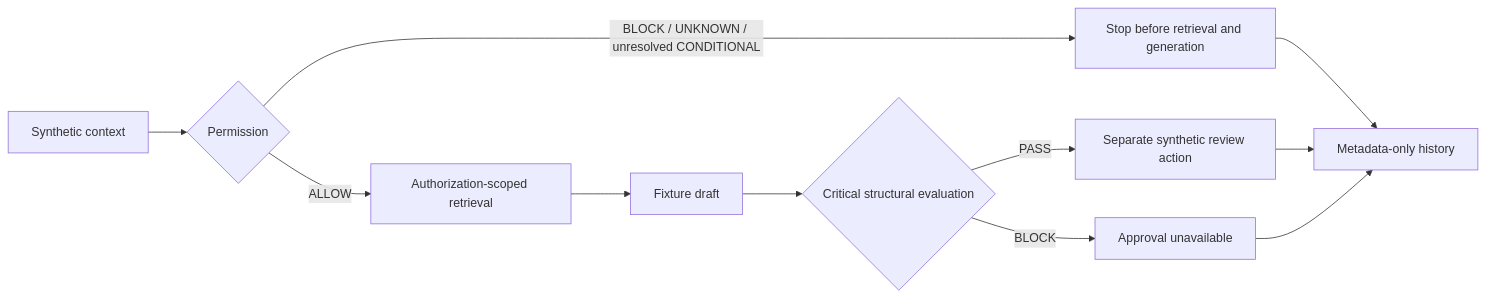
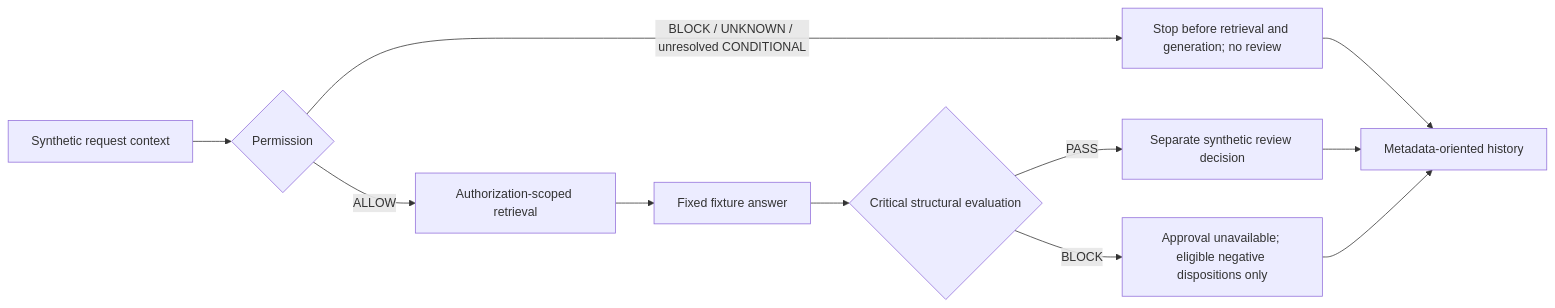
One commit to DataStrategyLab/privilab changed the first of 2 diagrams in README.md. Above: the diagram before and after it, drawn with Mermaid. The commit also changed other lines of this file and 3 other files, not shown here.

Commit message:
docs: polish PriviLAB README and add Developer Preview graphics (#51)

````diff
--- a/README.md
+++ b/README.md
@@ -54,13 +76,13 @@
 ```mermaid
 flowchart LR
-    C["Synthetic context"] --> P{"Permission"}
+    C["Synthetic request context"] --> P{"Permission"}
     P -->|"ALLOW"| R["Authorization-scoped retrieval"]
-    P -->|"BLOCK / UNKNOWN / unresolved CONDITIONAL"| S["Stop before retrieval and generation"]
-    R --> M["Fixture draft"]
-    M --> E{"Critical structural evaluation"}
-    E -->|"PASS"| H["Separate synthetic review action"]
-    E -->|"BLOCK"| B["Approval unavailable"]
-    S --> N["Metadata-only history"]
+    P -->|"BLOCK / UNKNOWN / unresolved CONDITIONAL"| S["Stop before retrieval and generation; no review"]
+    R --> F["Fixed fixture answer"]
+    F --> E{"Critical structural evaluation"}
+    E -->|"PASS"| H["Separate synthetic review decision"]
+    E -->|"BLOCK"| B["Approval unavailable; eligible negative dispositions only"]
+    S --> N["Metadata-oriented history"]
     H --> N
     B --> N
 ```
````
